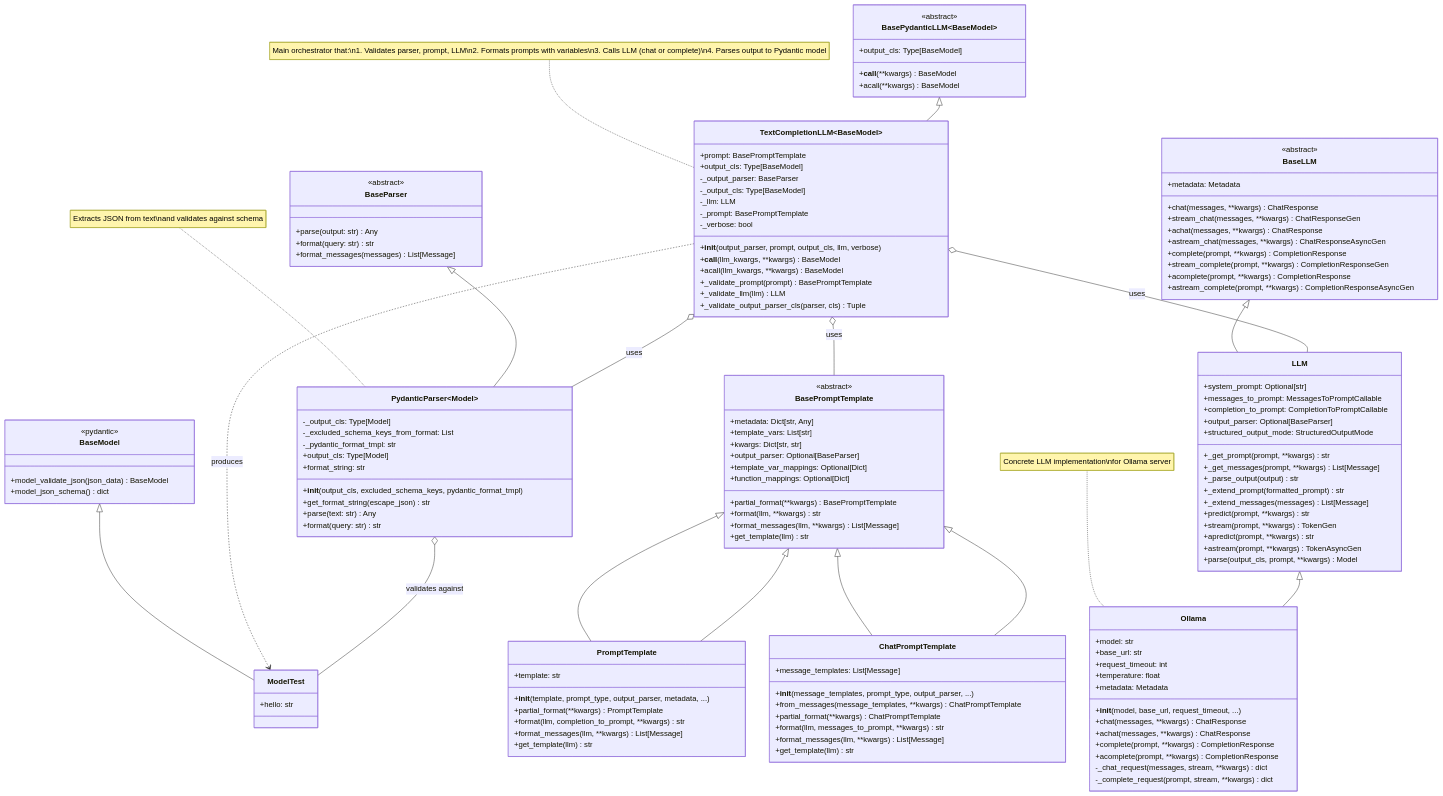
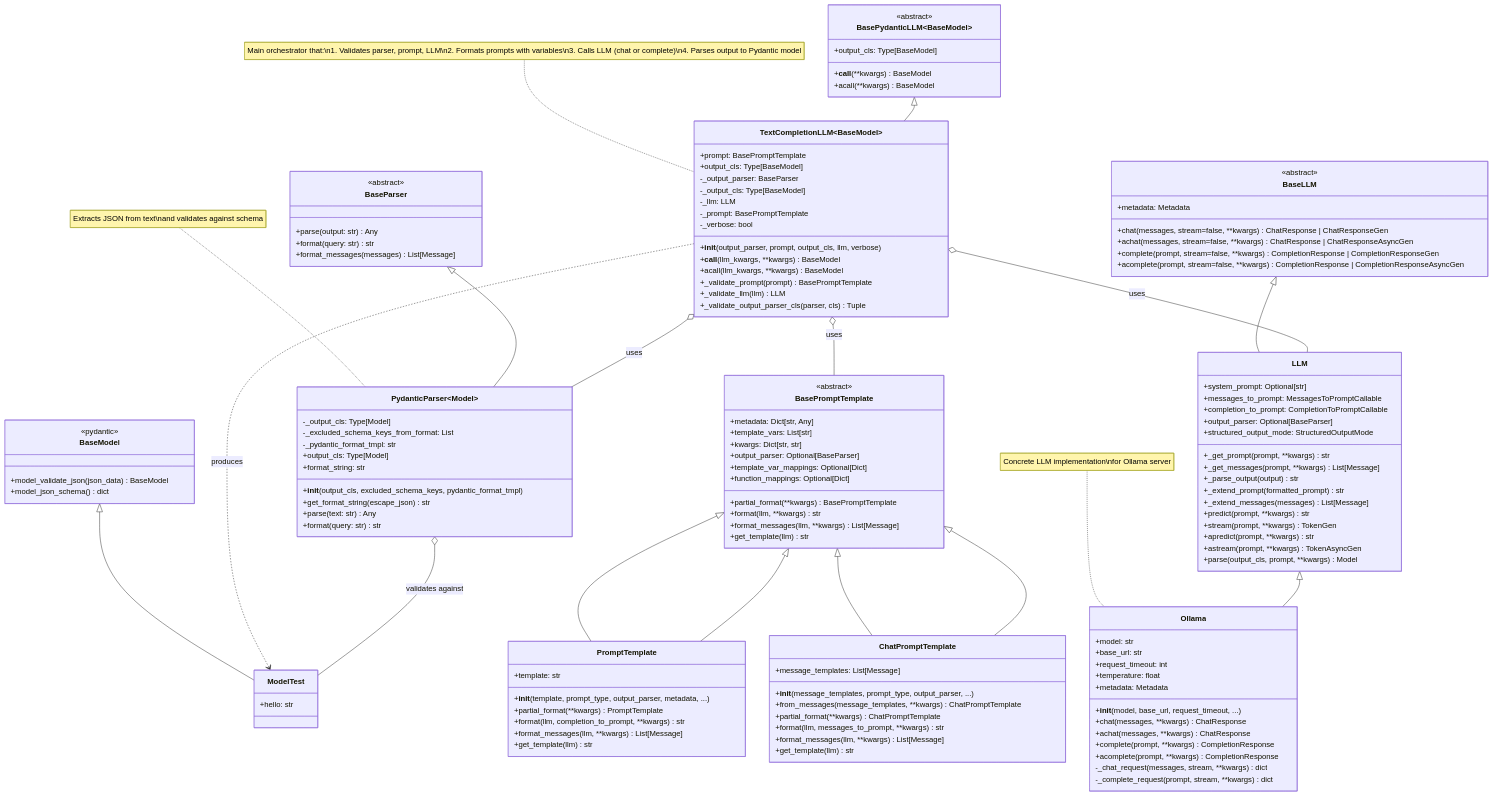
One commit to Serapieum-of-alex/serapeum changed the diagram in docs/reference/core/llms/orchestrators/text_completion_llm/text_completion_llm_class.md. Above: the diagram before and after it, drawn with Mermaid. The commit also changed 24 other files, not shown here.

```diff
--- a/docs/reference/core/llms/orchestrators/text_completion_llm/text_completion_llm_class.md
+++ b/docs/reference/core/llms/orchestrators/text_completion_llm/text_completion_llm_class.md
@@ -82,14 +82,10 @@
     class BaseLLM {
         <<abstract>>
         +metadata: Metadata
-        +chat(messages, **kwargs) ChatResponse
-        +stream_chat(messages, **kwargs) ChatResponseGen
-        +achat(messages, **kwargs) ChatResponse
-        +astream_chat(messages, **kwargs) ChatResponseAsyncGen
-        +complete(prompt, **kwargs) CompletionResponse
-        +stream_complete(prompt, **kwargs) CompletionResponseGen
-        +acomplete(prompt, **kwargs) CompletionResponse
-        +astream_complete(prompt, **kwargs) CompletionResponseAsyncGen
+        +chat(messages, stream=false, **kwargs) ChatResponse | ChatResponseGen
+        +achat(messages, stream=false, **kwargs) ChatResponse | ChatResponseAsyncGen
+        +complete(prompt, stream=false, **kwargs) CompletionResponse | CompletionResponseGen
+        +acomplete(prompt, stream=false, **kwargs) CompletionResponse | CompletionResponseAsyncGen
     }
 
     class LLM {
```
